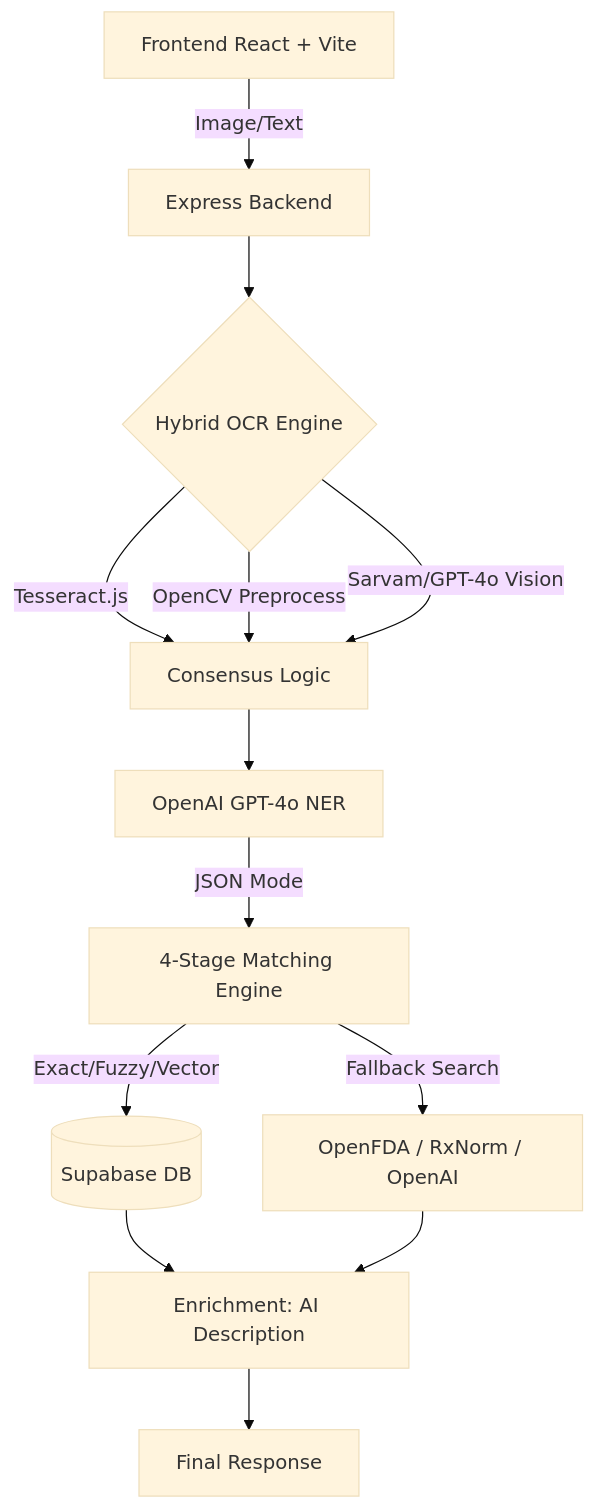
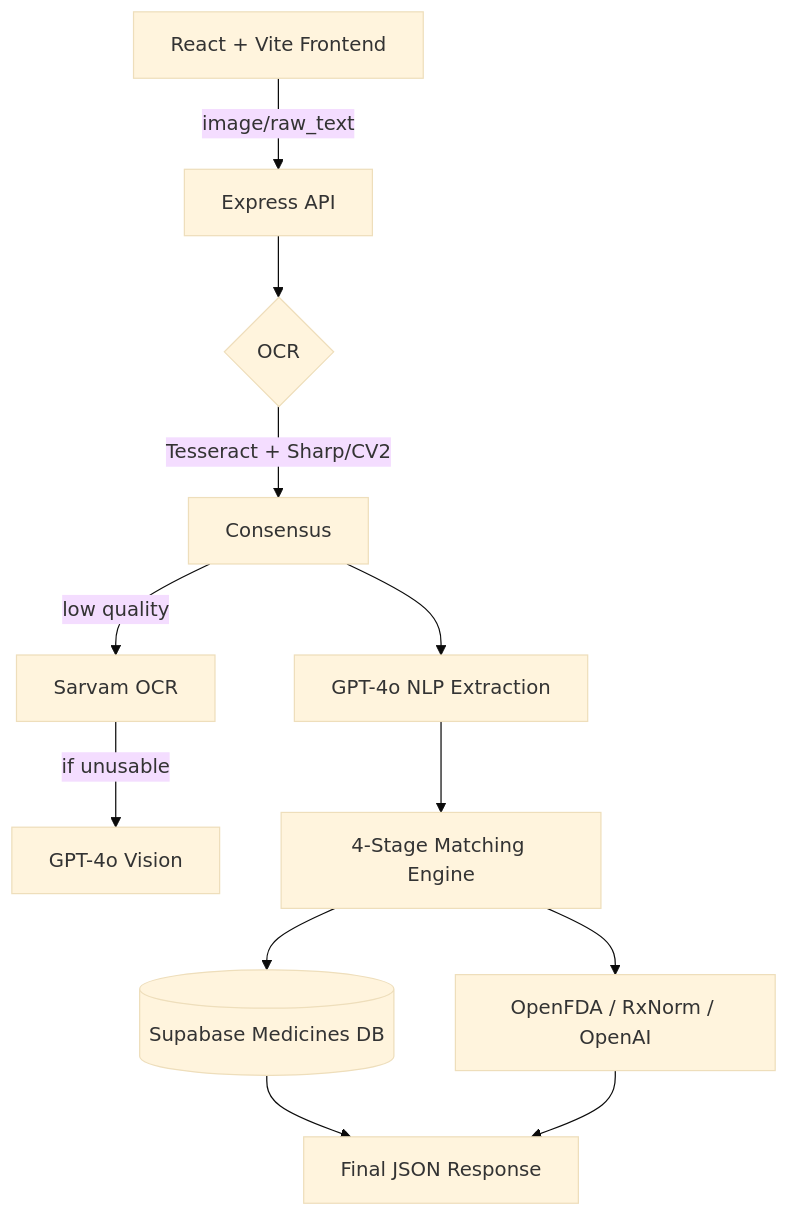
The diagram in README.md (VEERESH1219/medmap-SarvamAI), drawn with Mermaid (base theme) before and after one commit. The commit also changed other lines of this file and 1 other file, not shown here.

Commit message:
docs: update README and env example for Sarvam OCR

````diff
--- a/README.md
+++ b/README.md
@@ -26,15 +38,14 @@
 ```mermaid
 graph TD
-    A[Frontend React + Vite] -->|Image/Text| B[Express Backend]
-    B --> C{Hybrid OCR Engine}
-    C -->|Tesseract.js| D[Consensus Logic]
-    C -->|OpenCV Preprocess| D
-    C -->|Sarvam/GPT-4o Vision| D
-    D --> E[OpenAI GPT-4o NER]
-    E -->|JSON Mode| F[4-Stage Matching Engine]
-    F -->|Exact/Fuzzy/Vector| G[(Supabase DB)]
-    F -->|Fallback Search| H[OpenFDA / RxNorm / OpenAI]
-    G --> I[Enrichment: AI Description]
-    H --> I
-    I --> J[Final Response]
+    A[React + Vite Frontend] -->|image/raw_text| B[Express API]
+    B --> C{OCR}
+    C -->|Tesseract + Sharp/CV2| D[Consensus]
+    D -->|low quality| E[Sarvam OCR]
+    E -->|if unusable| F[GPT-4o Vision]
+    D --> G[GPT-4o NLP Extraction]
+    G --> H[4-Stage Matching Engine]
+    H --> I[(Supabase Medicines DB)]
+    H --> J[OpenFDA / RxNorm / OpenAI]
+    I --> K[Final JSON Response]
+    J --> K
 ```
````
